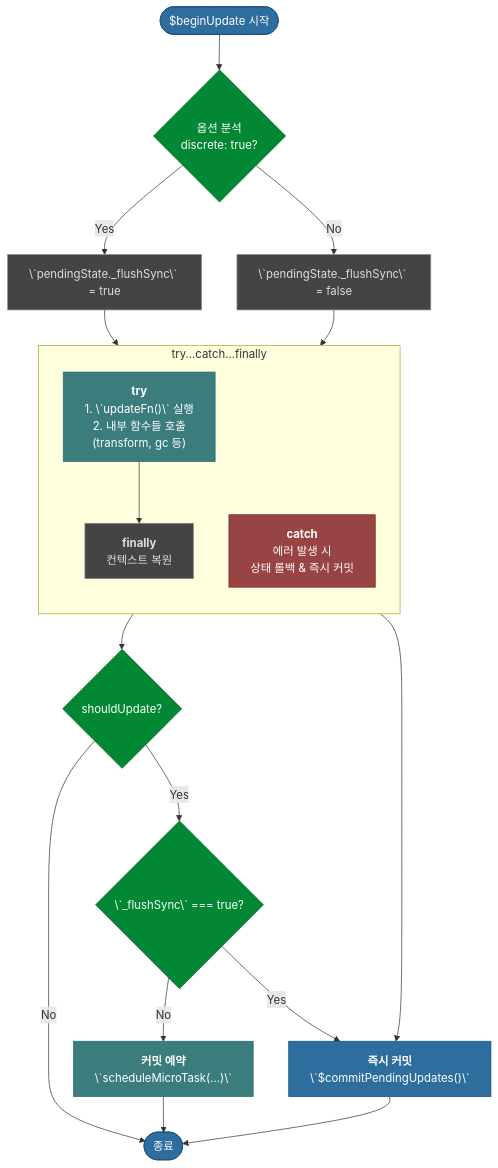
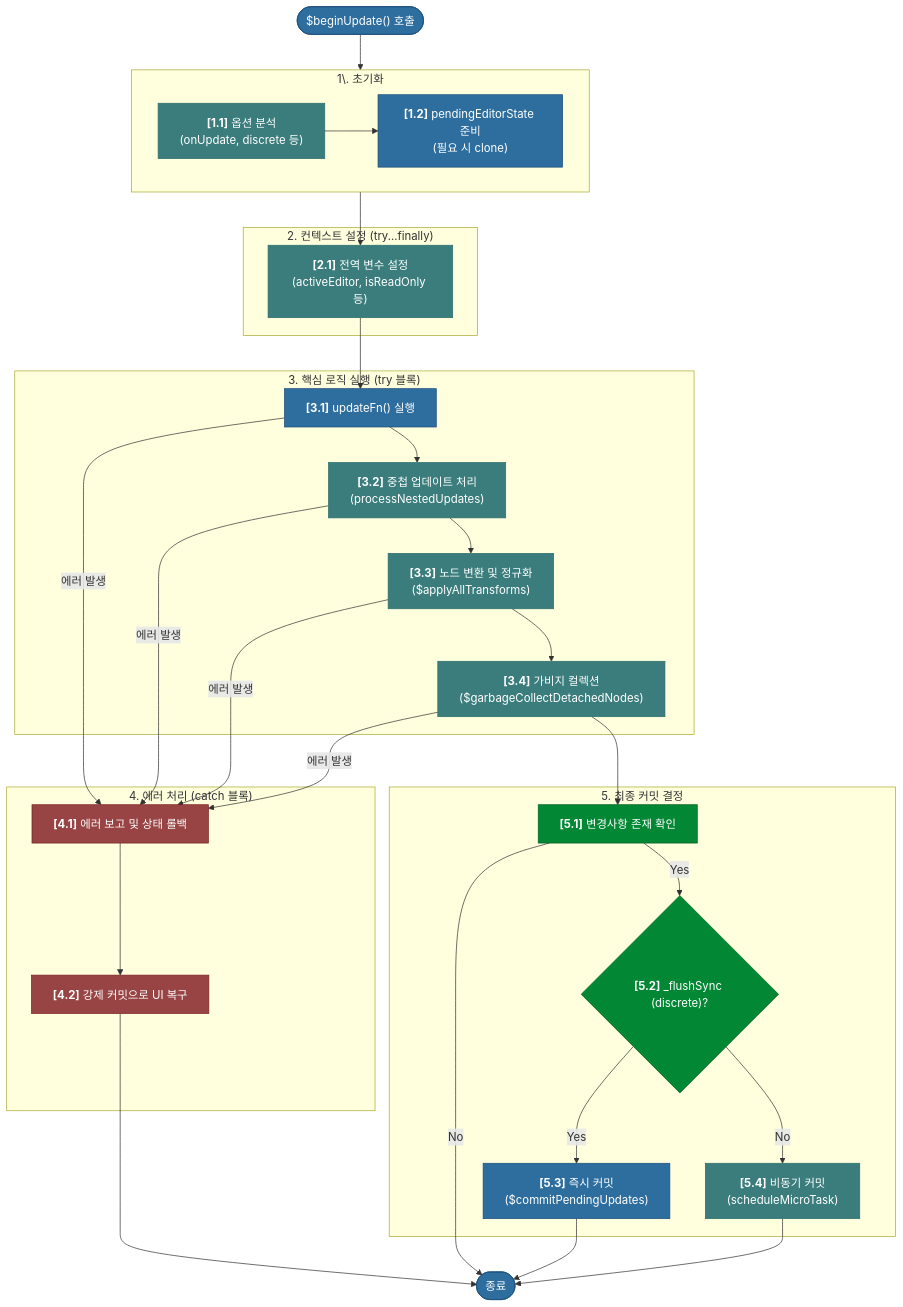
The diagram in .cursor/memory_bank/analysis/update_mechanism/03_begin_update_transaction.md (Doosies/lexical), drawn with Mermaid before and after one commit. The commit also changed other lines of this file and 15 other files, not shown here.

````diff
--- a/.cursor/memory_bank/analysis/update_mechanism/03_begin_update_transaction.md
+++ b/.cursor/memory_bank/analysis/update_mechanism/03_begin_update_transaction.md
@@ -13,44 +29,55 @@
 ```mermaid
 graph TD
-    %% 1. 스타일 클래스를 먼저 정의합니다.
-    classDef primary fill:#2E6E9E,stroke:#1C4E7A,color:#fff
-    classDef component fill:#3A7D7C,stroke:#2A6D6C,color:#fff
-    classDef decision fill:#028834,stroke:#015F24,color:#fff
-    classDef warning fill:#994444,stroke:#772222,color:#fff
-    classDef default fill:#444,stroke:#888,color:#ddd
+    classDef primary fill:#2E6E9E,stroke:#1C4E7A,color:#fff;
+    classDef component fill:#3A7D7C,stroke:#2A6D6C,color:#fff;
+    classDef decision fill:#028834,stroke:#015F24,color:#fff;
+    classDef warning fill:#994444,stroke:#772222,color:#fff;
+    classDef io fill:#8E44AD,stroke:#6C3483,color:#fff;
 
-    %% 2. 모든 노드와 서브그래프를 선언하고 스타일과 모양을 적용합니다.
-    A(["$beginUpdate 시작"]):::primary
-    B{"옵션 분석<br/>discrete: true?"}:::decision
-    C["\`pendingState._flushSync\` = true"]:::default
-    D["\`pendingState._flushSync\` = false"]:::default
-    
-    subgraph "try...catch...finally"
-        direction TB
-        E["<b>try</b><br/>1. \`updateFn()\` 실행<br/>2. 내부 함수들 호출<br/>(transform, gc 등)"]:::component
-        F["<b>catch</b><br/>에러 발생 시<br/>상태 롤백 & 즉시 커밋"]:::warning
-        G["<b>finally</b><br/>컨텍스트 복원"]:::default
+    Start(["$beginUpdate() 호출"]):::primary
+
+    subgraph "1\. 초기화"
+        direction LR
+        A["<b>[1.1]</b> 옵션 분석<br/>(onUpdate, discrete 등)"]:::component
+        B["<b>[1.2]</b> pendingEditorState 준비<br/>(필요 시 clone)"]:::primary
     end
 
-    H{"shouldUpdate?"}:::decision
-    I{"\`_flushSync\` === true?"}:::decision
-    J(["종료"]):::primary
-    K["<b>즉시 커밋</b><br/>\`$commitPendingUpdates()\`"]:::primary
-    L["<b>커밋 예약</b><br/>\`scheduleMicroTask(...)\`"]:::component
+    subgraph "2. 컨텍스트 설정 (try...finally)"
+        C["<b>[2.1]</b> 전역 변수 설정<br/>(activeEditor, isReadOnly 등)"]:::component
+    end
+    
+    subgraph "3. 핵심 로직 실행 (try 블록)"
+        D["<b>[3.1]</b> updateFn() 실행"]:::primary
+        E["<b>[3.2]</b> 중첩 업데이트 처리<br/>(processNestedUpdates)"]:::component
+        F["<b>[3.3]</b> 노드 변환 및 정규화<br/>($applyAllTransforms)"]:::component
+        G["<b>[3.4]</b> 가비지 컬렉션<br/>($garbageCollectDetachedNodes)"]:::component
+    end
+    
+    subgraph "4. 에러 처리 (catch 블록)"
+        H["<b>[4.1]</b> 에러 보고 및 상태 롤백"]:::warning
+        I["<b>[4.2]</b> 강제 커밋으로 UI 복구"]:::warning
+    end
 
-    %% 3. 관계 연결은 최하단에 모아서 작성합니다.
-    A --> B;
-    B -- "Yes" --> C;
-    B -- "No" --> D;
-    C --> E;
-    D --> E;
-    E --> G;
-    F --> K;
-    G --> H;
-    H -- "Yes" --> I;
-    H -- "No" --> J;
-    I -- "Yes" --> K;
-    I -- "No" --> L;
-    L --> J;
-    K --> J;
+    subgraph "5. 최종 커밋 결정"
+        J["<b>[5.1]</b> 변경사항 존재 확인"]:::decision
+        K{"<b>[5.2]</b> _flushSync (discrete)?"}:::decision
+        L["<b>[5.3]</b> 즉시 커밋<br/>($commitPendingUpdates)"]:::primary
+        M["<b>[5.4]</b> 비동기 커밋<br/>(scheduleMicroTask)"]:::component
+    end
+
+    End(["종료"]):::primary
+
+    Start --> A --> B --> C --> D
+    D --> E --> F --> G --> J
+    
+    D -- "에러 발생" --> H
+    E -- "에러 발생" --> H
+    F -- "에러 발생" --> H
+    G -- "에러 발생" --> H
+    H --> I --> End
+
+    J -- "No" --> End
+    J -- "Yes" --> K
+    K -- "Yes" --> L --> End
+    K -- "No" --> M --> End
 ```
````
